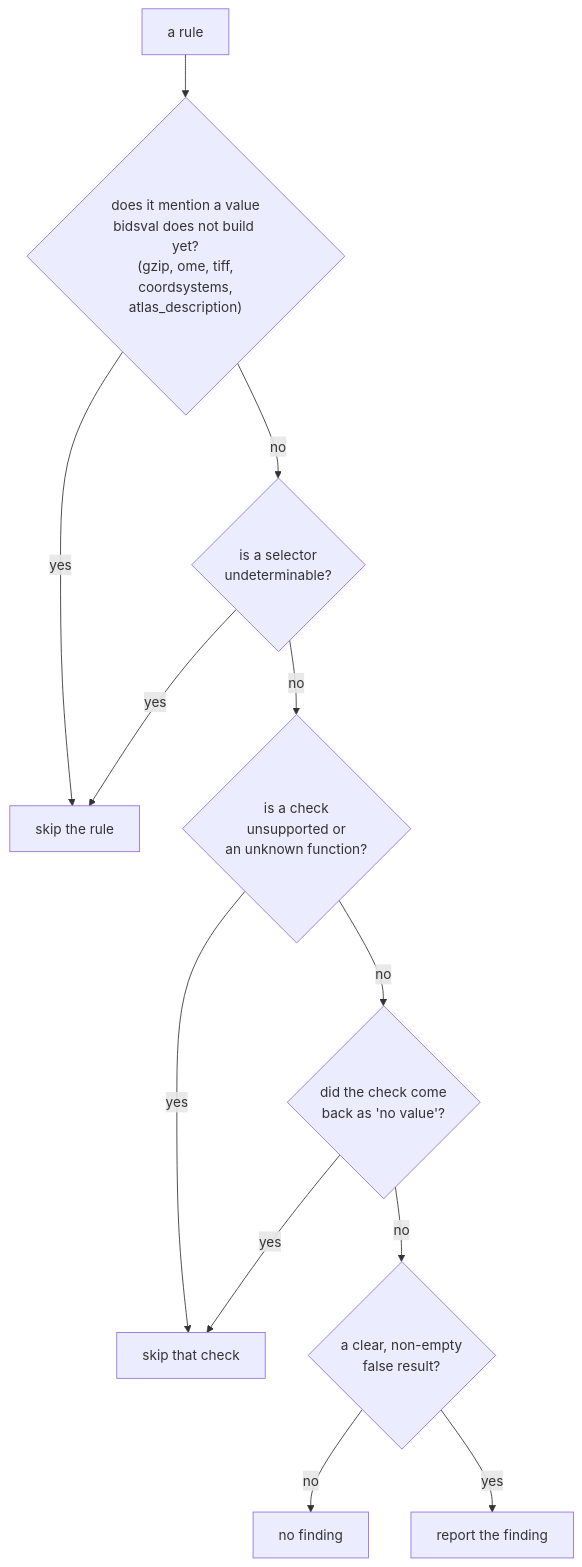
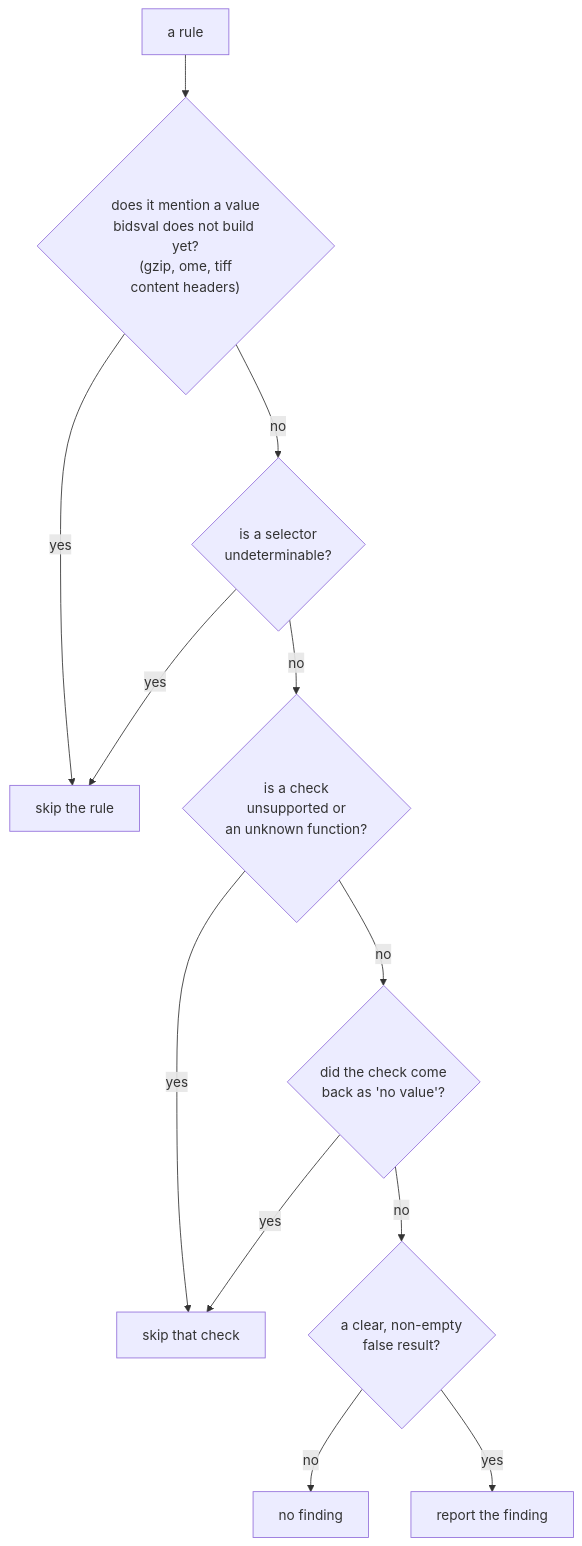
Diagram 15 of 16 in docs/internals.md (karellopez/bidsval), drawn with Mermaid before and after one commit. The commit also changed other lines of this file and 2 other files, not shown here.

First line of the commit message:
docs: record value-type checking, type redefinition, and the built aggregates

````diff
--- a/docs/internals.md
+++ b/docs/internals.md
@@ -862,14 +872,14 @@
 ```mermaid
 flowchart TD
-    R["a rule"] --> A{"does it mention a value<br/>bidsval does not build yet?<br/>(gzip, ome, tiff,<br/>coordsystems,<br/>atlas_description)"}
+    R["a rule"] --> A{"does it mention a value<br/>bidsval does not build yet?<br/>(gzip, ome, tiff<br/>content headers)"}
     A -->|yes| SKIP["skip the rule"]
     A -->|no| B{"is a selector<br/>undeterminable?"}
     B -->|yes| SKIP
     B -->|no| C{"is a check<br/>unsupported or<br/>an unknown function?"}
     C -->|yes| SKIPCHK["skip that check"]
     C -->|no| D{"did the check come<br/>back as 'no value'?"}
     D -->|yes| SKIPCHK
     D -->|no| E{"a clear, non-empty<br/>false result?"}
     E -->|no| PASS["no finding"]
     E -->|yes| EMIT["report the finding"]
 ```
````
